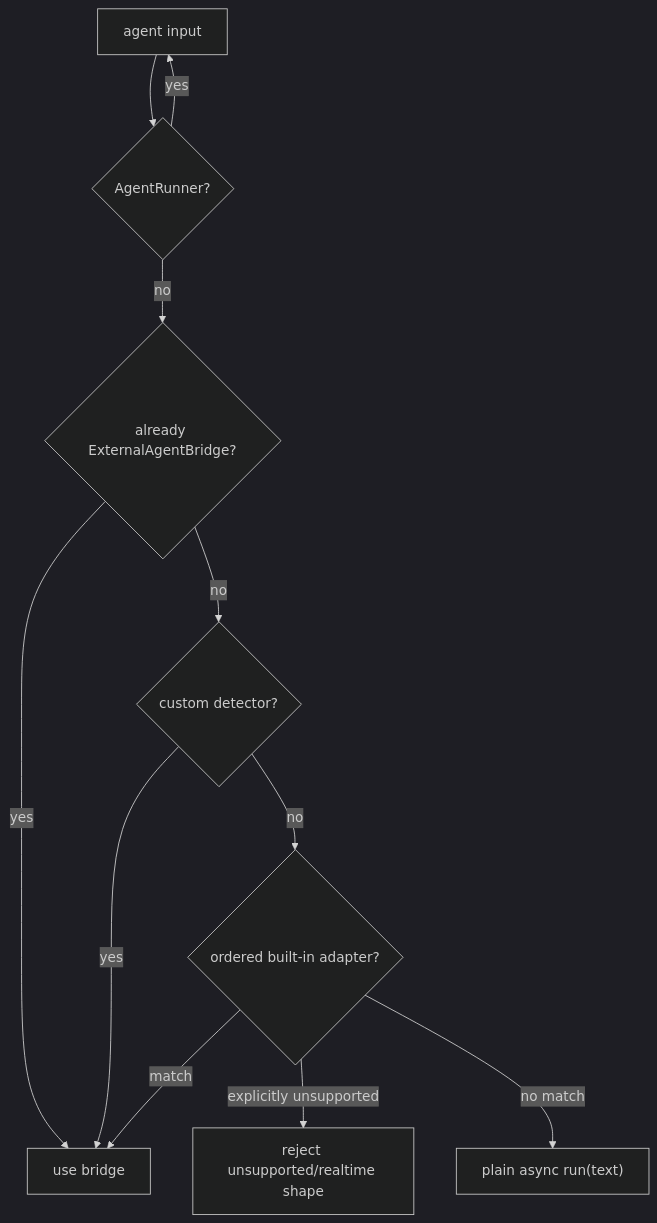
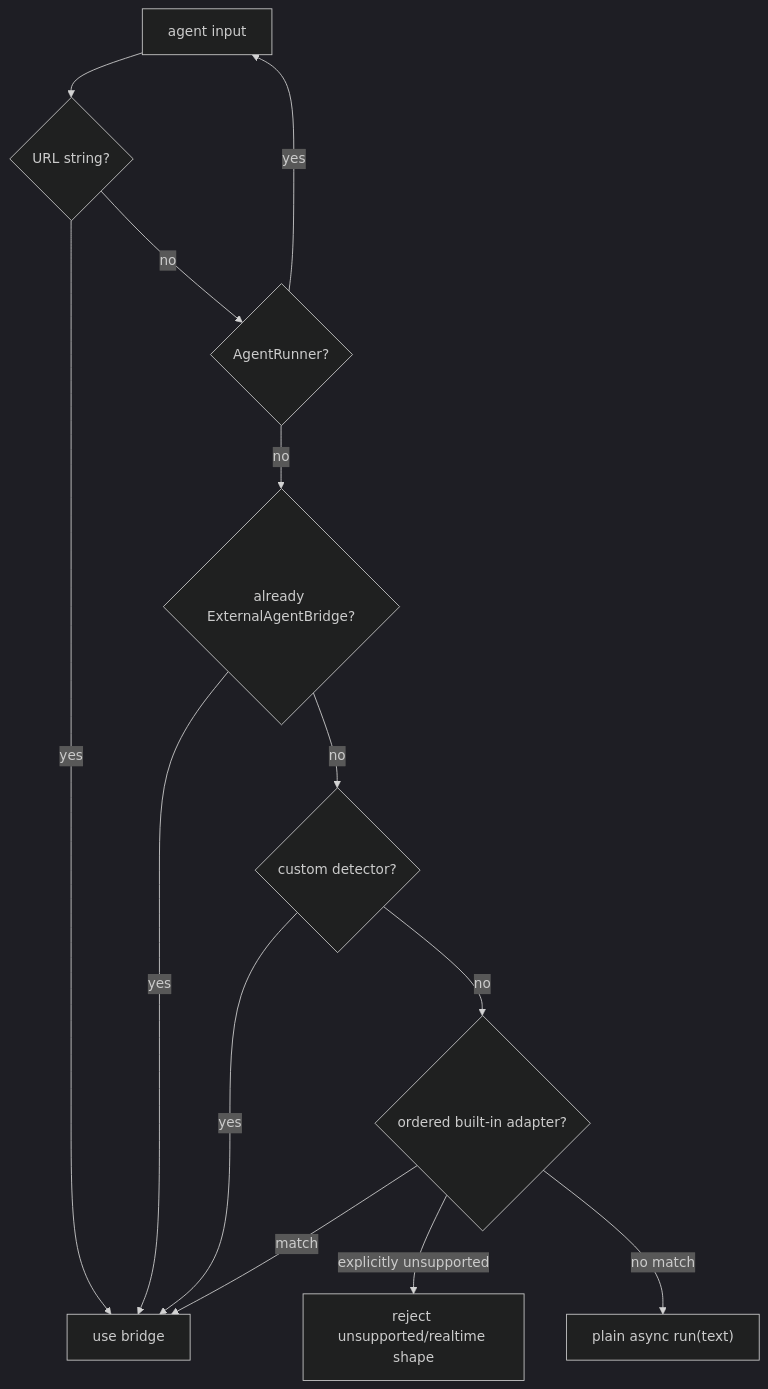
Before and after one commit to yisding/easycat: the second of 7 diagrams in docs/development/04-agents-and-interruption.md, drawn with Mermaid (dark theme). The commit also changed other lines of this file and 11 other files, not shown here.

````diff
--- a/docs/development/04-agents-and-interruption.md
+++ b/docs/development/04-agents-and-interruption.md
@@ -63,21 +63,25 @@
 ```mermaid
 flowchart TD
     INPUT["agent input"]
+    URL{"URL string?"}
     RUNNER{"AgentRunner?"}
     BRIDGE{"already ExternalAgentBridge?"}
     CUSTOM{"custom detector?"}
     BUILTIN{"ordered built-in adapter?"}
     PLAIN["plain async run(text)"]
     ERROR["reject unsupported/realtime shape"]
+    DONE["use bridge"]
 
-    INPUT --> RUNNER
+    INPUT --> URL
+    URL -->|yes| DONE
+    URL -->|no| RUNNER
     RUNNER -->|yes| INPUT
     RUNNER -->|no| BRIDGE
-    BRIDGE -->|yes| DONE["use bridge"]
+    BRIDGE -->|yes| DONE
     BRIDGE -->|no| CUSTOM
     CUSTOM -->|yes| DONE
     CUSTOM -->|no| BUILTIN
     BUILTIN -->|match| DONE
     BUILTIN -->|explicitly unsupported| ERROR
     BUILTIN -->|no match| PLAIN
 ```
````
